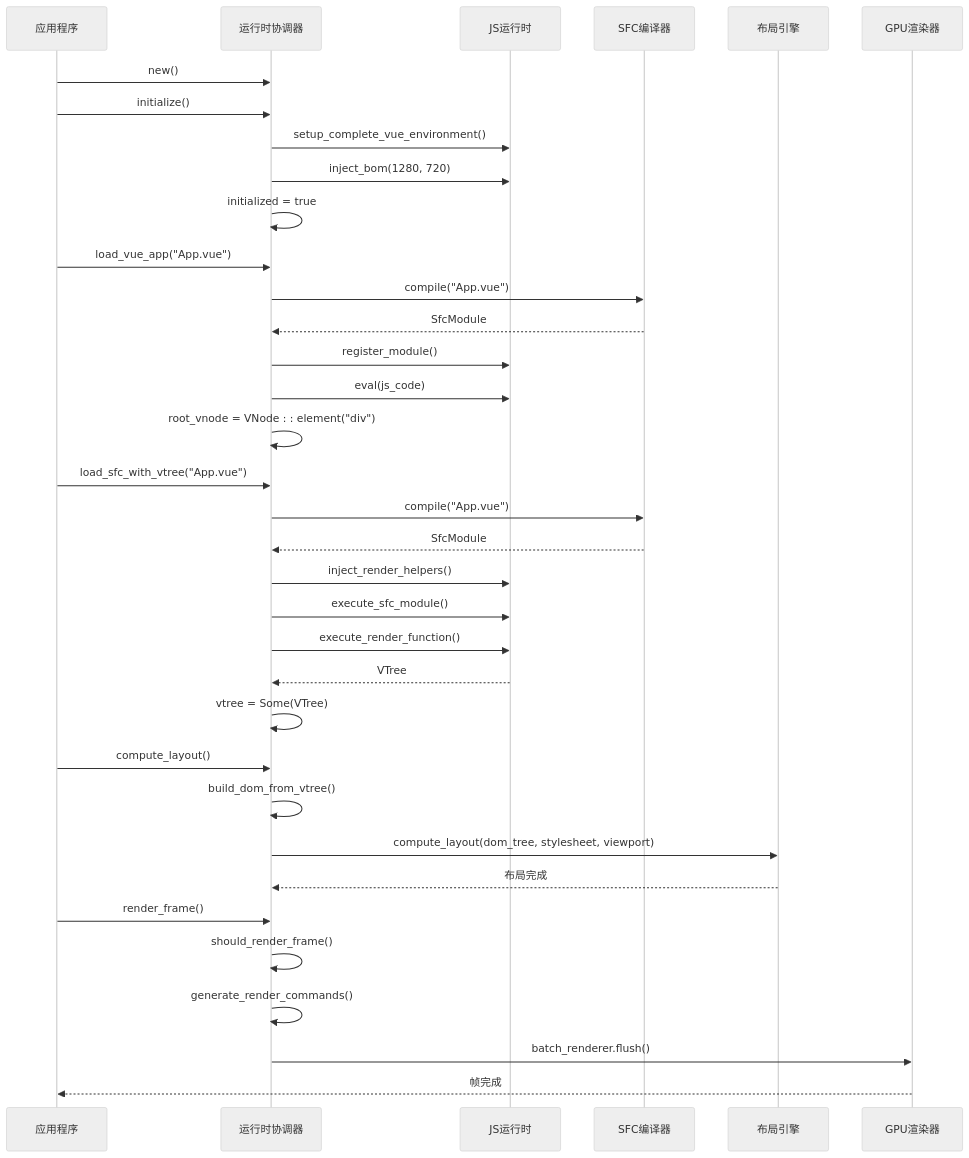
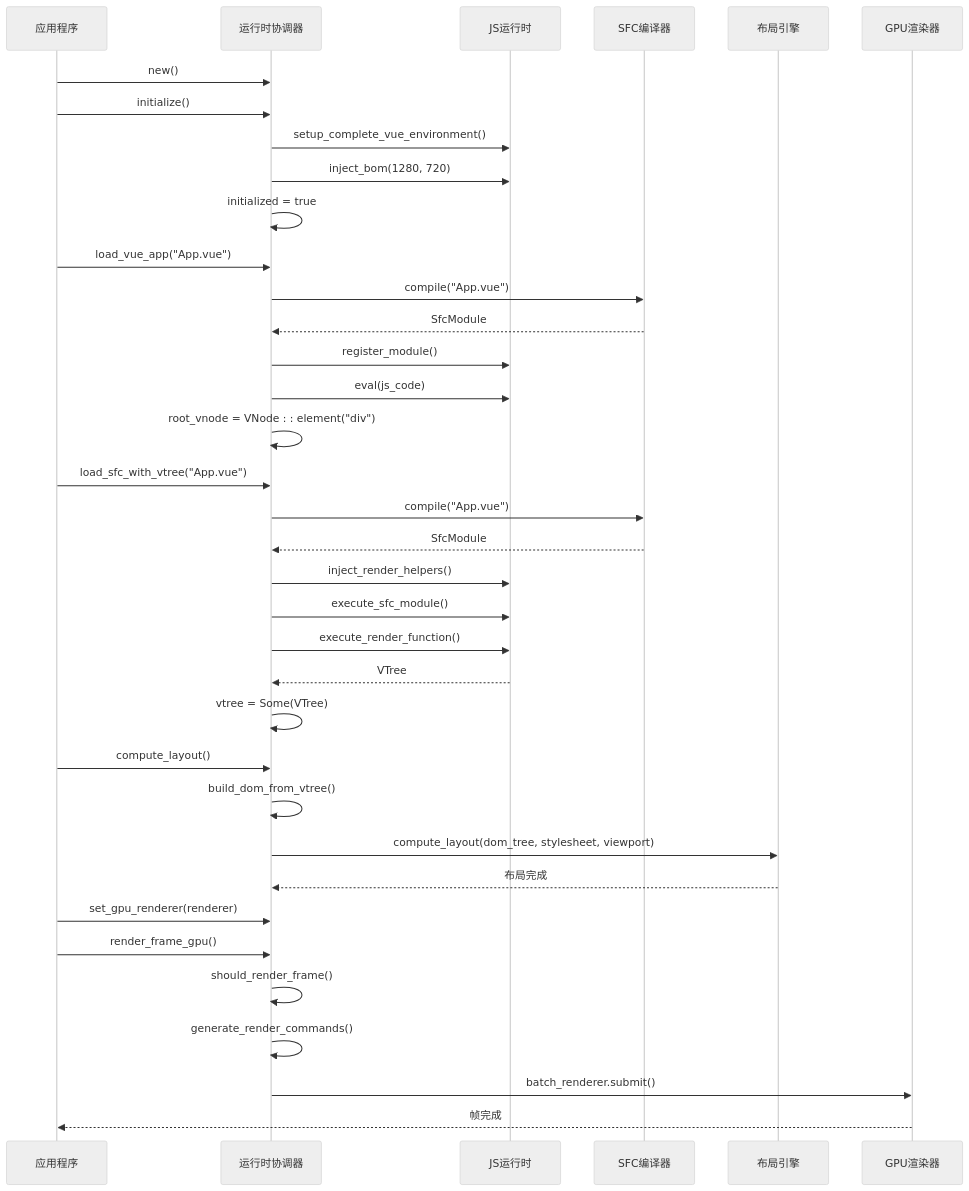
The fifth of 15 diagrams in .qoder/repowiki/zh/content/技术架构详解/整体架构设计/Iris运行时协调器.md (itszzl-sudo/iris), drawn with Mermaid (neutral theme) before and after one commit. The commit also changed other lines of this file and 9 other files, not shown here.

````diff
--- a/.qoder/repowiki/zh/content/技术架构详解/整体架构设计/Iris运行时协调器.md
+++ b/.qoder/repowiki/zh/content/技术架构详解/整体架构设计/Iris运行时协调器.md
@@ -320,37 +334,38 @@
 ```mermaid
 sequenceDiagram
 participant APP as 应用程序
 participant ORCH as 运行时协调器
 participant JS as JS运行时
 participant SFC as SFC编译器
 participant LAYOUT as 布局引擎
 participant GPU as GPU渲染器
 APP->>ORCH : new()
 APP->>ORCH : initialize()
 ORCH->>JS : setup_complete_vue_environment()
 ORCH->>JS : inject_bom(1280, 720)
 ORCH->>ORCH : initialized = true
 APP->>ORCH : load_vue_app("App.vue")
 ORCH->>SFC : compile("App.vue")
 SFC-->>ORCH : SfcModule
 ORCH->>JS : register_module()
 ORCH->>JS : eval(js_code)
 ORCH->>ORCH : root_vnode = VNode : : element("div")
 APP->>ORCH : load_sfc_with_vtree("App.vue")
 ORCH->>SFC : compile("App.vue")
 SFC-->>ORCH : SfcModule
 ORCH->>JS : inject_render_helpers()
 ORCH->>JS : execute_sfc_module()
 ORCH->>JS : execute_render_function()
 JS-->>ORCH : VTree
 ORCH->>ORCH : vtree = Some(VTree)
 APP->>ORCH : compute_layout()
 ORCH->>ORCH : build_dom_from_vtree()
 ORCH->>LAYOUT : compute_layout(dom_tree, stylesheet, viewport)
 LAYOUT-->>ORCH : 布局完成
-APP->>ORCH : render_frame()
+APP->>ORCH : set_gpu_renderer(renderer)
+APP->>ORCH : render_frame_gpu()
 ORCH->>ORCH : should_render_frame()
 ORCH->>ORCH : generate_render_commands()
-ORCH->>GPU : batch_renderer.flush()
+ORCH->>GPU : batch_renderer.submit()
 GPU-->>APP : 帧完成
 ```
````
